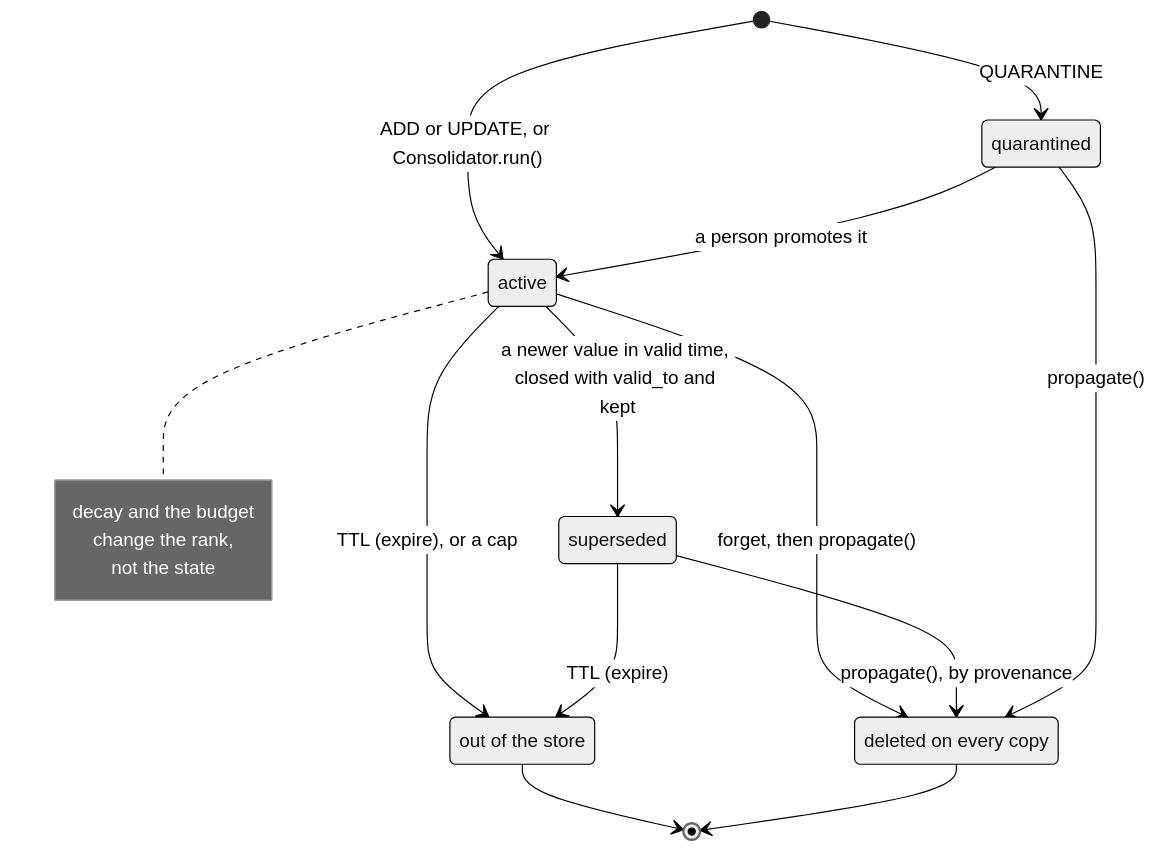
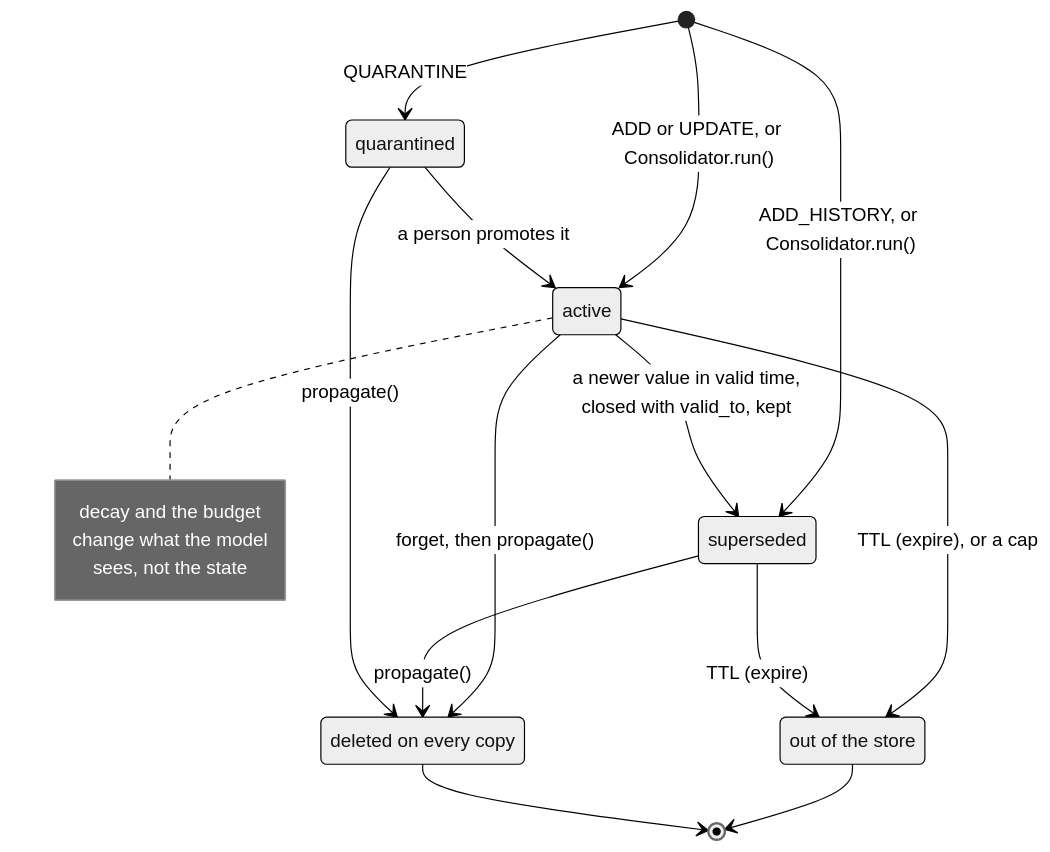
Before and after one commit to aniryou/full-stack-agentic-engineer: the third of 4 diagrams in 07-application-agent-framework/agent-memory/PRIMER.md, drawn with Mermaid (neutral theme). The commit also changed other lines of this file and 29 other files, not shown here.

````diff
--- a/07-application-agent-framework/agent-memory/PRIMER.md
+++ b/07-application-agent-framework/agent-memory/PRIMER.md
@@ -566,21 +566,18 @@
 ```mermaid
 stateDiagram-v2
     state "out of the store" as gone
     state "deleted on every copy" as deleted
     [*] --> active: ADD or UPDATE, or Consolidator.run()
     [*] --> quarantined: QUARANTINE
+    [*] --> superseded: ADD_HISTORY, or Consolidator.run()
     quarantined --> active: a person promotes it
-    active --> superseded: a newer value in valid time, closed with valid_to and kept
+    active --> superseded: a newer value in valid time,<br/>closed with valid_to, kept
     active --> gone: TTL (expire), or a cap
     superseded --> gone: TTL (expire)
     active --> deleted: forget, then propagate()
-    superseded --> deleted: propagate(), by provenance
+    superseded --> deleted: propagate()
     quarantined --> deleted: propagate()
-    note right of active
-        decay and the budget
-        change the rank,
-        not the state
-    end note
+    note right of active: decay and the budget<br/>change what the model<br/>sees, not the state
     gone --> [*]
     deleted --> [*]
 ```
````
